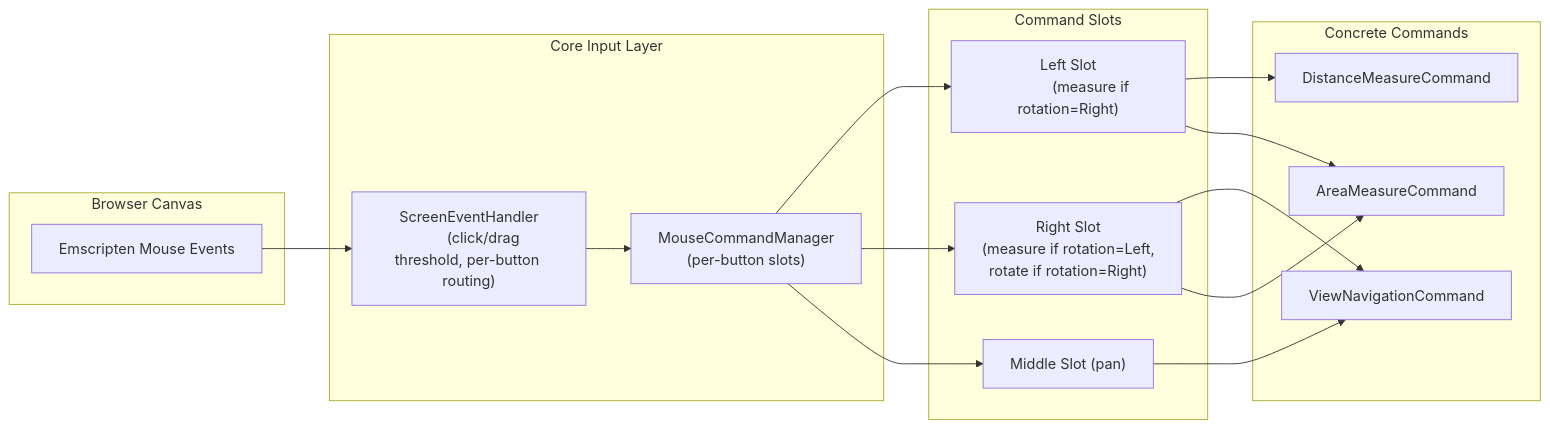
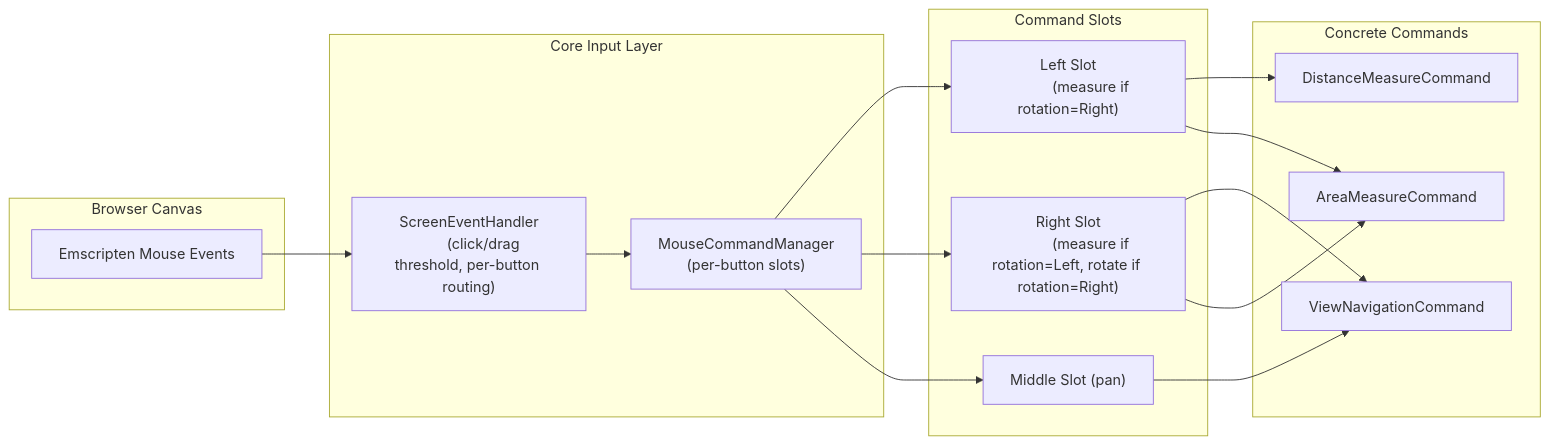
One commit to vfa-khaidt1/vfa-cdn changed the first of 2 diagrams in GraphV3.md. Above: the diagram before and after it, drawn with Mermaid.

Commit message:
Fix formatting in GraphV3.md for Right Slot

````diff
--- a/GraphV3.md
+++ b/GraphV3.md
@@ -1,39 +1,39 @@
 ```mermaid
 flowchart LR
     subgraph Input["Browser Canvas"]
         Raw["Emscripten Mouse Events"]
     end
 
     Raw --> Router["ScreenEventHandler
         (click/drag threshold, per-button routing)"]
 
     subgraph Core["Core Input Layer"]
         Router --> CM["MouseCommandManager
             (per-button slots)"]
     end
 
     subgraph Slots["Command Slots"]
         LSlot["Left Slot
             (measure if rotation=Right)"]
         RSlot["Right Slot
-            (measure if rotation=Left,\nrotate if rotation=Right)"]
+            (measure if rotation=Left, rotate if rotation=Right)"]
         MSlot["Middle Slot (pan)"]
     end
 
     CM --> LSlot
     CM --> RSlot
     CM --> MSlot
 
     subgraph Commands["Concrete Commands"]
         DMC["DistanceMeasureCommand"]
         VNC["ViewNavigationCommand"]
         AMC["AreaMeasureCommand"]
     end
 
     LSlot --> DMC
     RSlot --> VNC
     MSlot --> VNC
     LSlot --> AMC
     RSlot --> AMC
 
 ```
````
